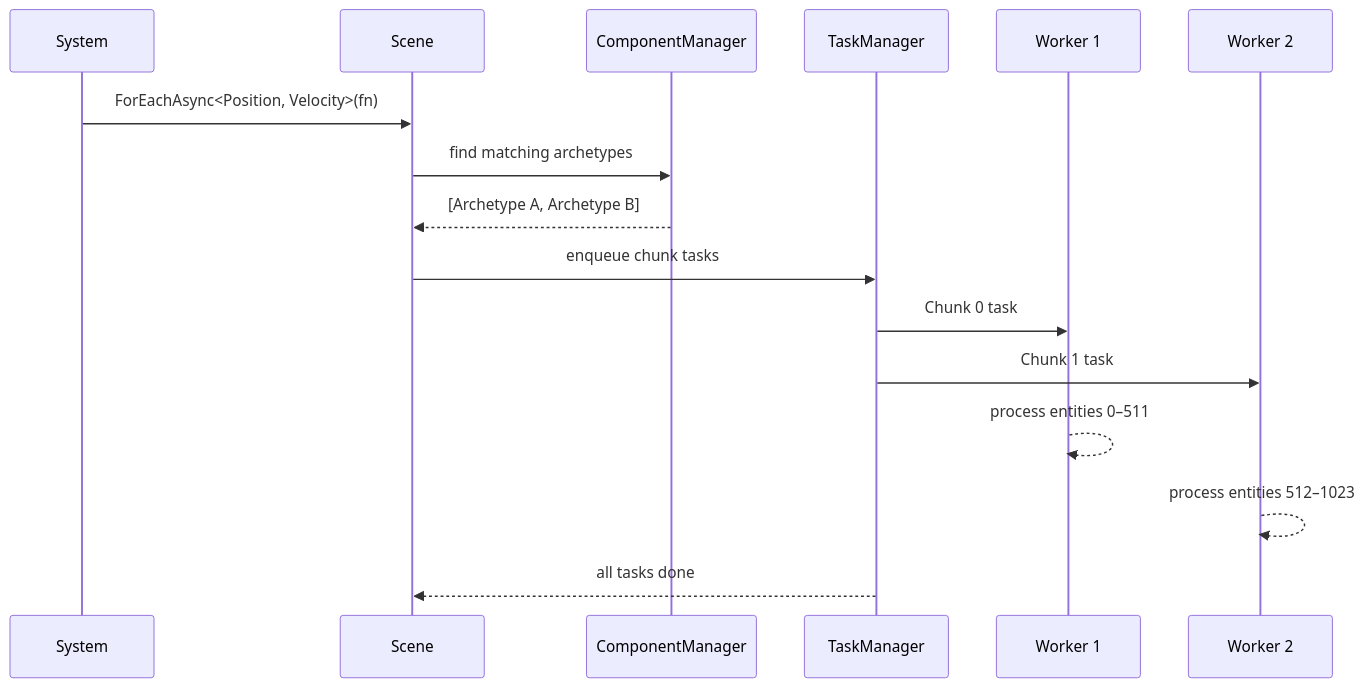
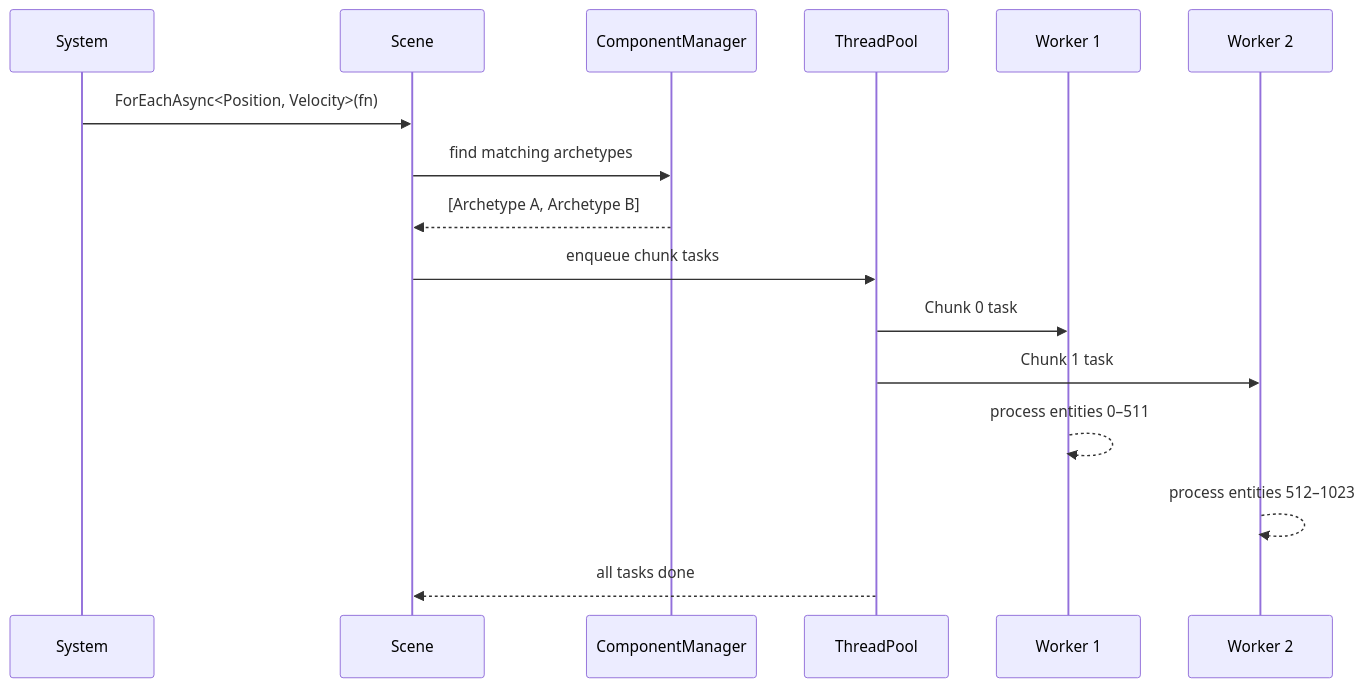
The second of 2 diagrams in docs/concepts/architecture.md (gilmar-sales/Freyr), drawn with Mermaid before and after one commit. The commit also changed other lines of this file and 12 other files, not shown here.

Commit message:
chore: rename task manager to thread pool

````diff
--- a/docs/concepts/architecture.md
+++ b/docs/concepts/architecture.md
@@ -89,19 +89,19 @@
 ```mermaid
 sequenceDiagram
     participant S as System
     participant SC as Scene
     participant CM as ComponentManager
-    participant TM as TaskManager
+    participant TM as ThreadPool
     participant W1 as Worker 1
     participant W2 as Worker 2
 
     S->>SC: ForEachAsync<Position, Velocity>(fn)
     SC->>CM: find matching archetypes
     CM-->>SC: [Archetype A, Archetype B]
     SC->>TM: enqueue chunk tasks
     TM->>W1: Chunk 0 task
     TM->>W2: Chunk 1 task
     W1-->>W1: process entities 0–511
     W2-->>W2: process entities 512–1023
     TM-->>SC: all tasks done
 ```
````
